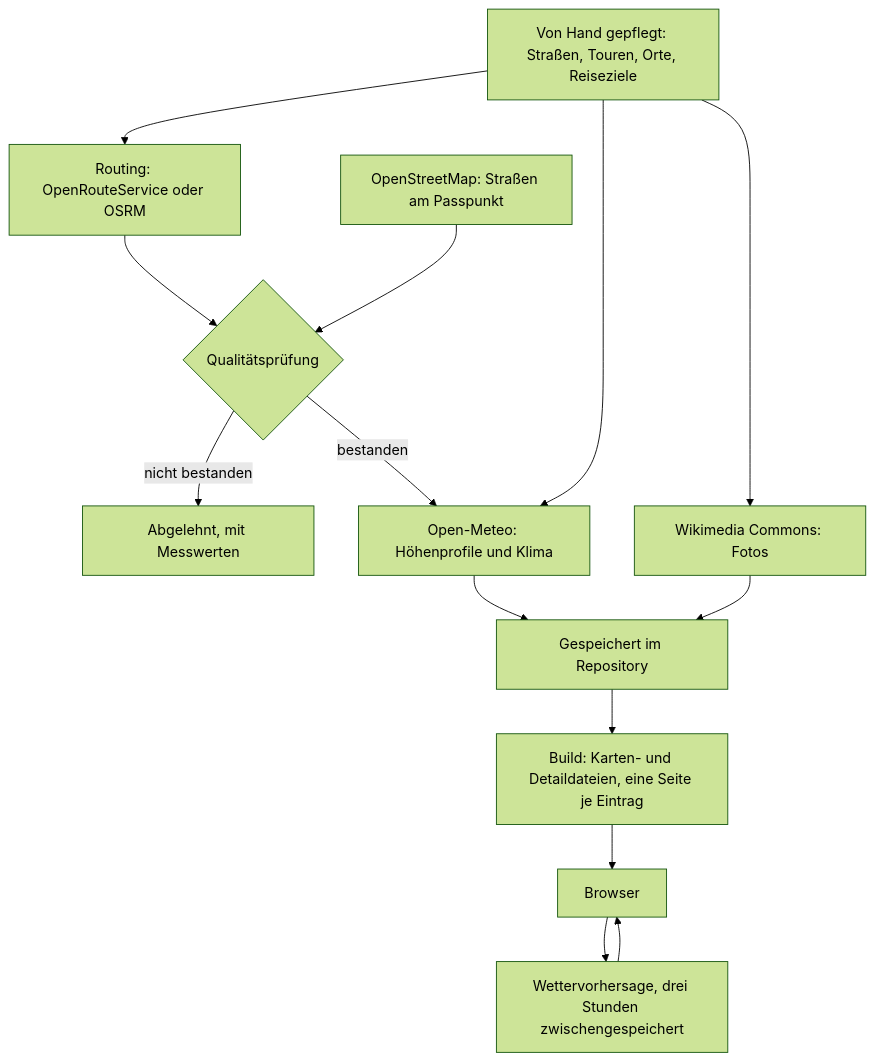
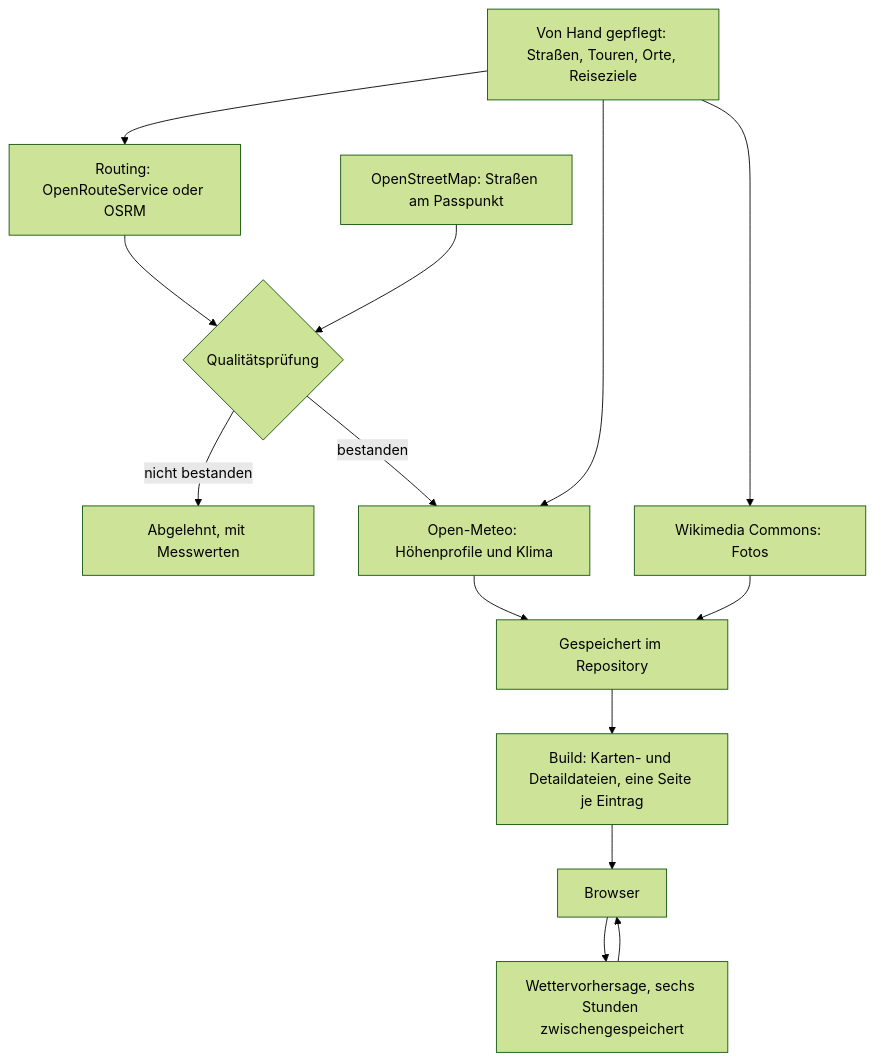
One commit to mdugue/alpen changed the diagram in docs/guide/de/data-journey.md. Above: the diagram before and after it, drawn with Mermaid (forest theme). The commit also changed 10 other files, not shown here.

````diff
--- a/docs/guide/de/data-journey.md
+++ b/docs/guide/de/data-journey.md
@@ -9,25 +9,25 @@
 ```mermaid
 flowchart TB
   A["Von Hand gepflegt: Straßen, Touren, Orte, Reiseziele"]
   B["OpenStreetMap: Straßen am Passpunkt"]
   C["Routing: OpenRouteService oder OSRM"]
   D{"Qualitätsprüfung"}
   X["Abgelehnt, mit Messwerten"]
   E["Open-Meteo: Höhenprofile und Klima"]
   F["Wikimedia Commons: Fotos"]
   G["Gespeichert im Repository"]
   H["Build: Karten- und Detaildateien, eine Seite je Eintrag"]
   I["Browser"]
-  J["Wettervorhersage, drei Stunden zwischengespeichert"]
+  J["Wettervorhersage, sechs Stunden zwischengespeichert"]
 
   A --> C --> D
   B --> D
   D -->|"bestanden"| E
   D -->|"nicht bestanden"| X
   A --> E
   A --> F
   E --> G
   F --> G
   G --> H --> I
   I --> J --> I
 ```
````
